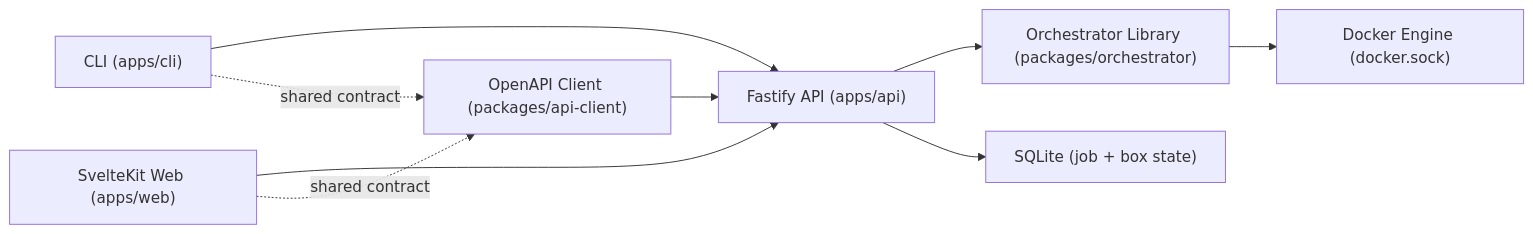
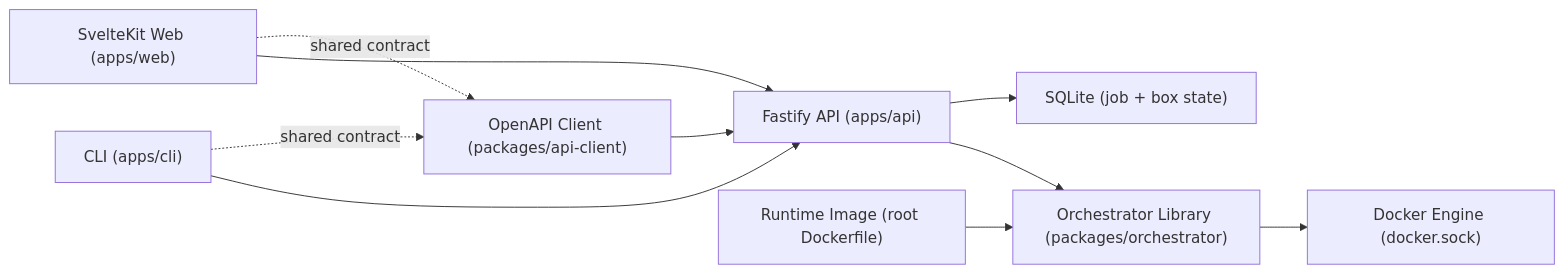
Before and after one commit to koonweee/devcontainer: the diagram in ARCHITECTURE.md, drawn with Mermaid. The commit also changed other lines of this file and 27 other files, not shown here.

Commit message:
Lock box image to runtime config and centralize runtime env file (#6)

````diff
--- a/ARCHITECTURE.md
+++ b/ARCHITECTURE.md
@@ -5,11 +5,12 @@
 ```mermaid
 flowchart LR
   CLI["CLI (apps/cli)"] --> API["Fastify API (apps/api)"]
   WEB["SvelteKit Web (apps/web)"] --> API
   API --> ORCH["Orchestrator Library (packages/orchestrator)"]
+  IMG["Runtime Image (root Dockerfile)"] --> ORCH
   ORCH --> DOCKER["Docker Engine (docker.sock)"]
   API --> SQLITE["SQLite (job + box state)"]
   WEB -. shared contract .-> CLIENT["OpenAPI Client (packages/api-client)"]
   CLI -. shared contract .-> CLIENT
   CLIENT --> API
 ```
````
